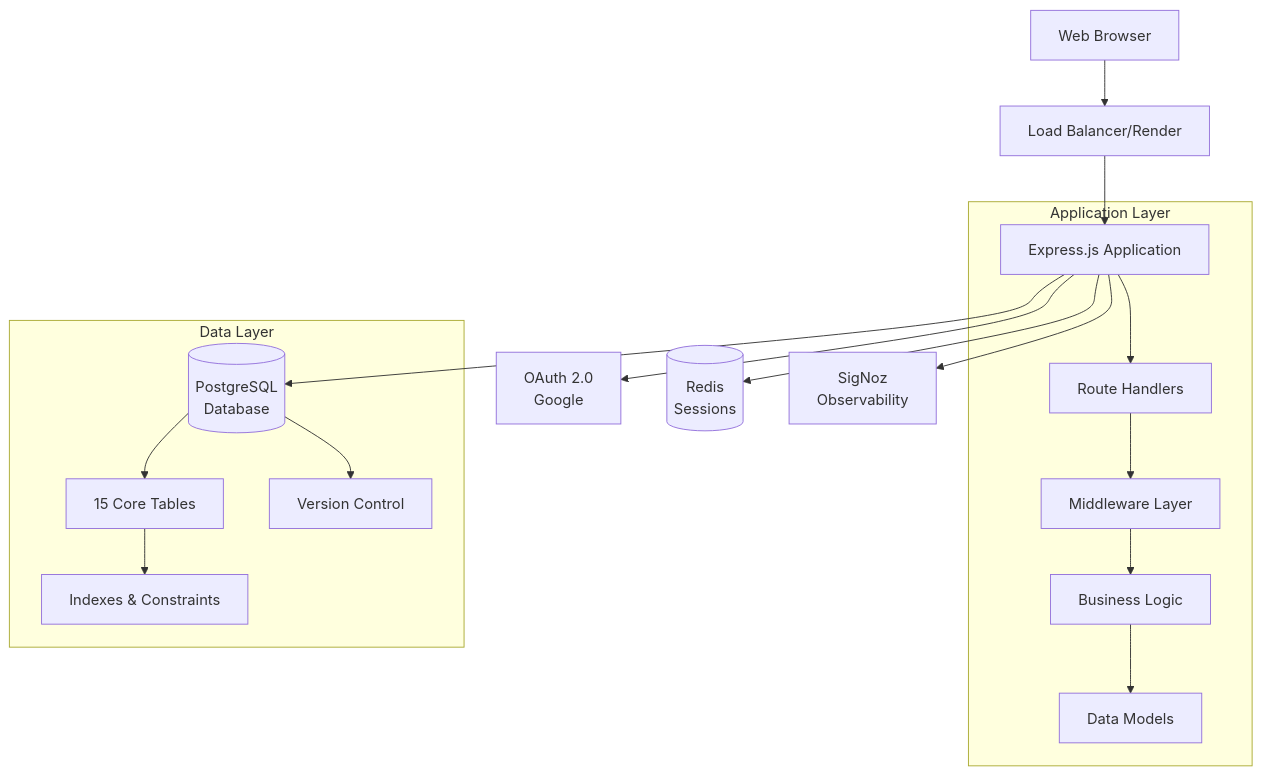
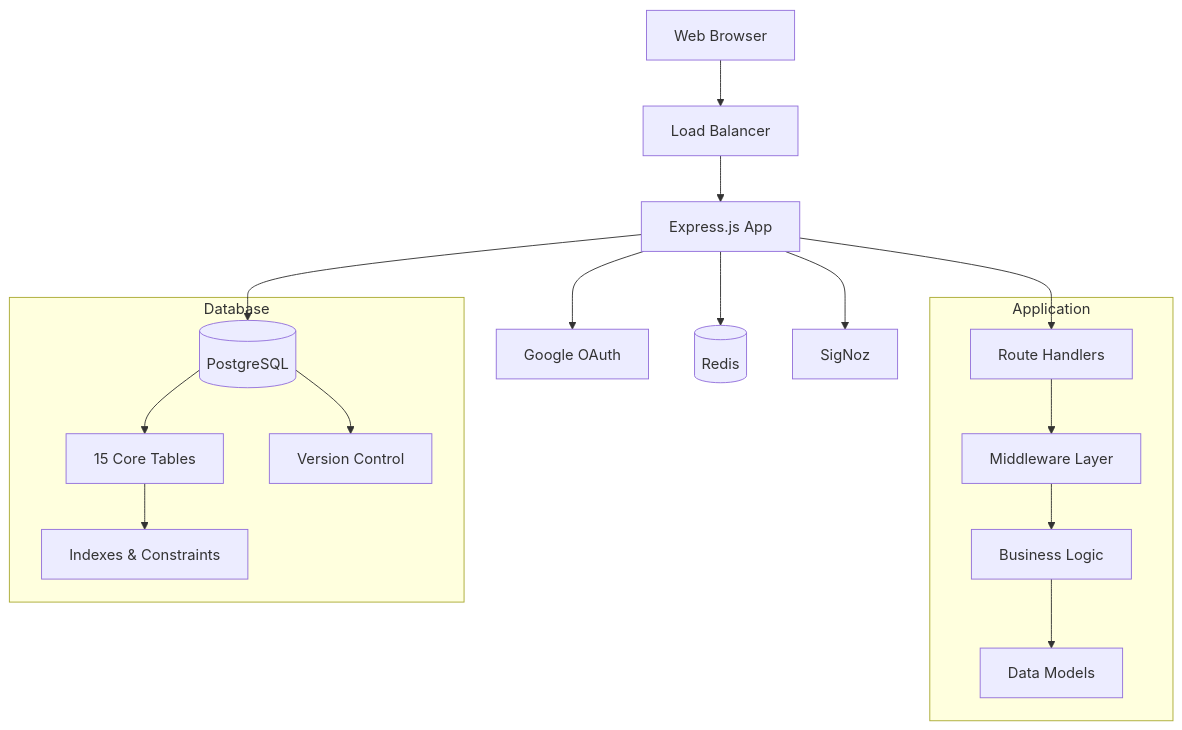
One commit to Team04-UCSD-CSE210/conductor-app changed the first of 4 diagrams in docs/architecture/overview.md. Above: the diagram before and after it, drawn with Mermaid. The commit also changed other lines of this file and 3 other files, not shown here.

````diff
--- a/docs/architecture/overview.md
+++ b/docs/architecture/overview.md
@@ -9,22 +11,23 @@
 ```mermaid
 graph TB
-    Client[Web Browser] --> LB[Load Balancer/Render]
-    LB --> App[Express.js Application]
-    App --> Auth[OAuth 2.0<br/>Google]
-    App --> DB[(PostgreSQL<br/>Database)]
-    App --> Cache[(Redis<br/>Sessions)]
-    App --> Obs[SigNoz<br/>Observability]
+    Client[Web Browser] --> LB[Load Balancer]
+    LB --> App[Express.js App]
+    App --> Auth[Google OAuth]
+    App --> DB[(PostgreSQL)]
+    App --> Cache[(Redis)]
+    App --> Obs[SigNoz]
     
-    subgraph "Application Layer"
-        App --> Routes[Route Handlers]
-        Routes --> Middleware[Middleware Layer]
+    App --> Routes
+    
+    subgraph Application
+        Routes[Route Handlers] --> Middleware[Middleware Layer]
         Middleware --> Services[Business Logic]
         Services --> Models[Data Models]
     end
     
-    subgraph "Data Layer"
+    subgraph Database
         DB --> Tables[15 Core Tables]
         Tables --> Indexes[Indexes & Constraints]
         DB --> Migrations[Version Control]
     end
 ```
````
